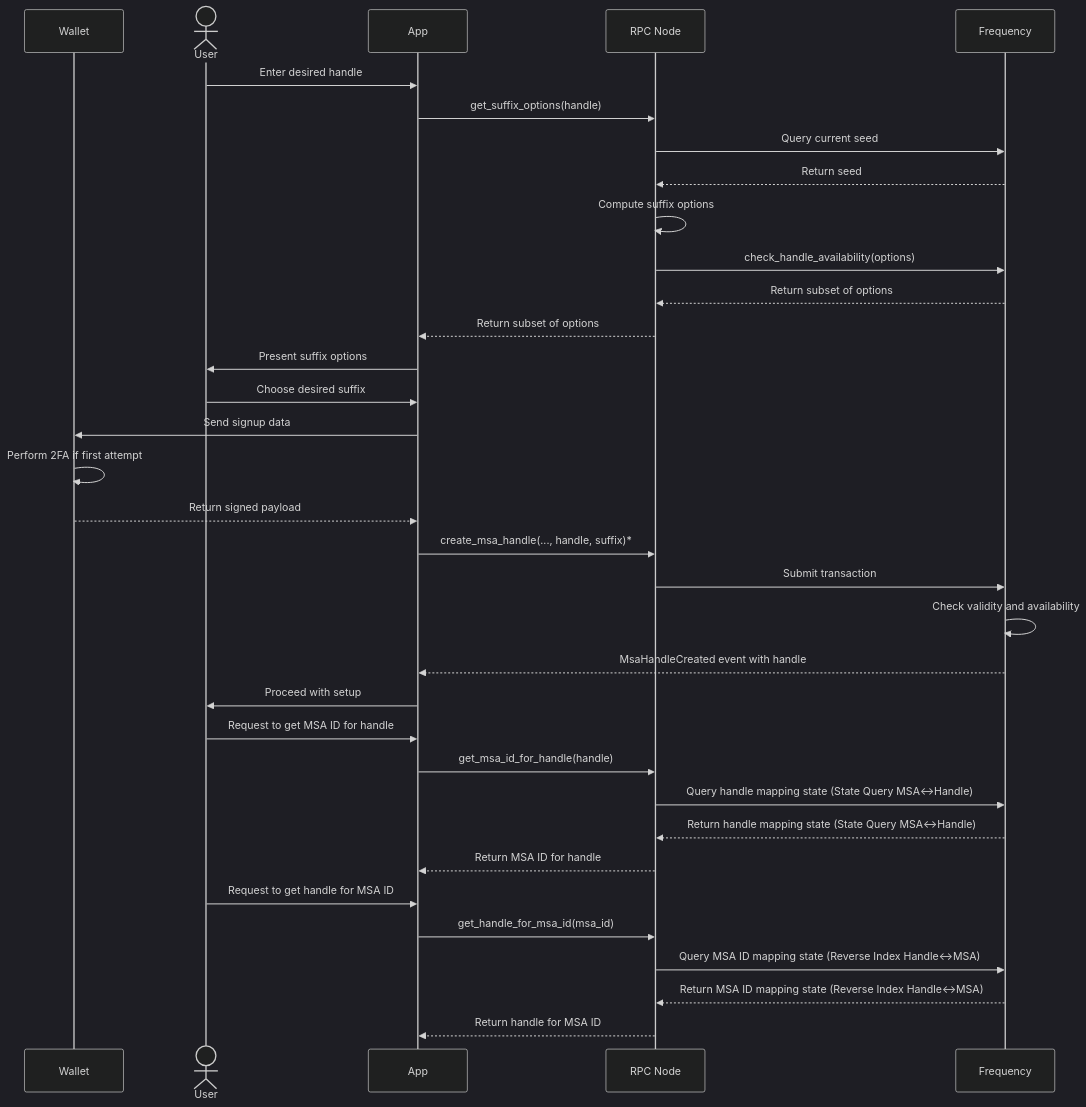
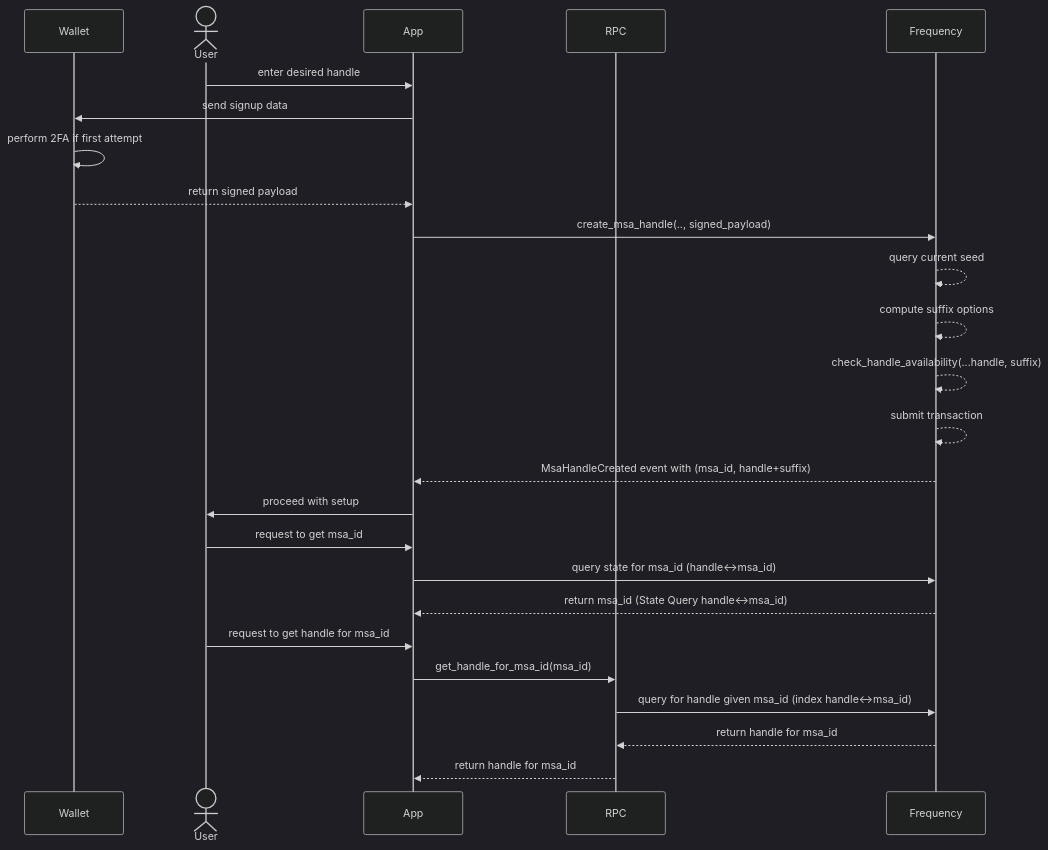
One commit to frequency-chain/frequency changed the first of 2 diagrams in designdocs/user-handles.md. Above: the diagram before and after it, drawn with Mermaid (dark theme). The commit also changed other lines of this file, not shown here.

Commit message:
update seq diag for optional suffix

````diff
--- a/designdocs/user-handles.md
+++ b/designdocs/user-handles.md
@@ -69,36 +69,27 @@
 ```mermaid
 sequenceDiagram
     participant Wallet
     actor User
     participant App
-    participant RPC as RPC Node
-    participant Chain as Frequency
-    User->>App: Enter desired handle
-    App->>RPC: get_suffix_options(handle)
-    RPC->>Chain: Query current seed
-    Chain-->>RPC: Return seed
-    RPC->>RPC: Compute suffix options
-    RPC->>Chain: check_handle_availability(options)
-    Chain-->>RPC: Return subset of options
-    RPC-->>App: Return subset of options
-    App->>User: Present suffix options
-    User->>App: Choose desired suffix
-    App->>Wallet: Send signup data
-    Wallet->>Wallet: Perform 2FA if first attempt
-    Wallet-->>App: Return signed payload
-    App->>RPC: create_msa_handle(..., handle, suffix)*
-    RPC->>Chain: Submit transaction
-    Chain->>Chain: Check validity and availability
-    Chain-->>App: MsaHandleCreated event with handle
-    App->>User: Proceed with setup
-    User->>App: Request to get MSA ID for handle
-    App->>RPC: get_msa_id_for_handle(handle)
-    RPC->>Chain: Query handle mapping state (State Query MSA<->Handle)
-    Chain-->>RPC: Return handle mapping state (State Query MSA<->Handle)
-    RPC-->>App: Return MSA ID for handle
-    User->>App: Request to get handle for MSA ID
+    participant RPC
+    participant Frequency
+    User->>App: enter desired handle
+    App->>Wallet: send signup data
+    Wallet->>Wallet: perform 2FA if first attempt
+    Wallet-->>App: return signed payload
+    App->>Frequency: create_msa_handle(.., signed_payload)
+    Frequency-->>Frequency: query current seed
+    Frequency-->>Frequency: compute suffix options
+    Frequency-->>Frequency: check_handle_availability(...handle, suffix)
+    Frequency-->>Frequency: submit transaction
+    Frequency-->>App: MsaHandleCreated event with (msa_id, handle+suffix) 
+    App->>User: proceed with setup
+    User->>App: request to get msa_id
+    App->>Frequency: query state for msa_id (handle<->msa_id)
+    Frequency-->>App: return msa_id (State Query handle<->msa_id)
+    User->>App: request to get handle for msa_id
     App->>RPC: get_handle_for_msa_id(msa_id)
-    RPC->>Chain: Query MSA ID mapping state (Reverse Index Handle<->MSA)
-    Chain-->>RPC: Return MSA ID mapping state (Reverse Index Handle<->MSA)
-    RPC-->>App: Return handle for MSA ID
+    RPC->>Frequency: query for handle given msa_id (index handle<->msa_id)
+    Frequency-->>RPC: return handle for msa_id
+    RPC-->>App: return handle for msa_id
 ```
````
